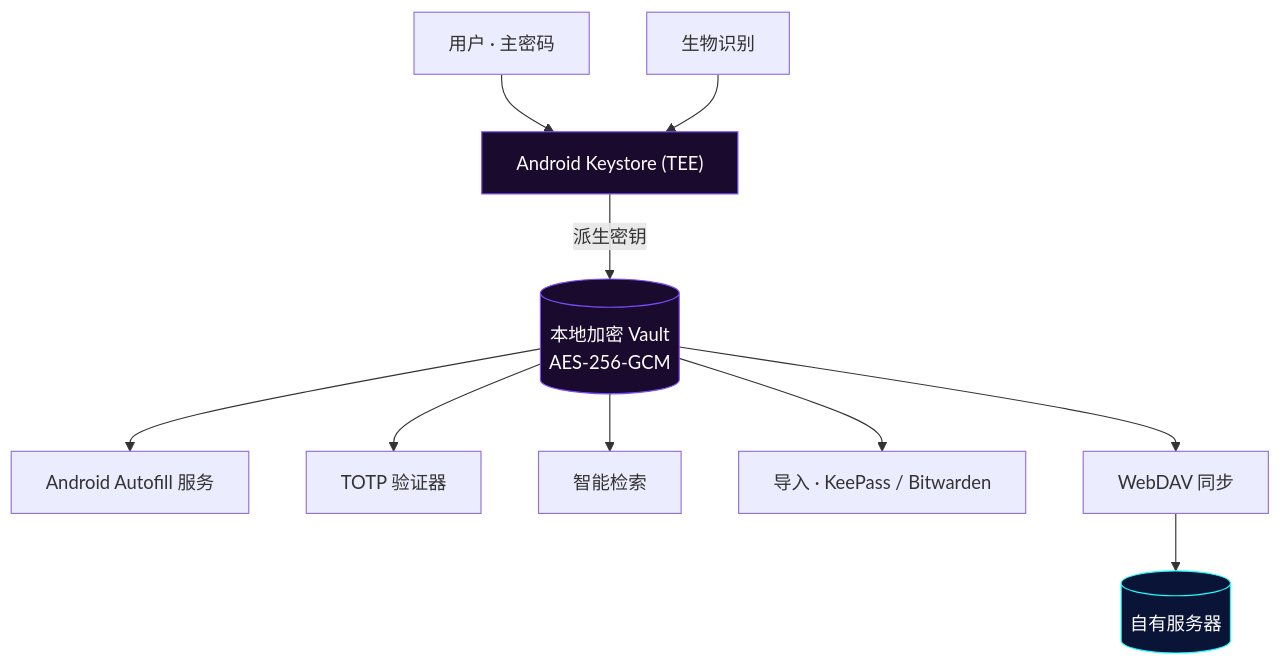
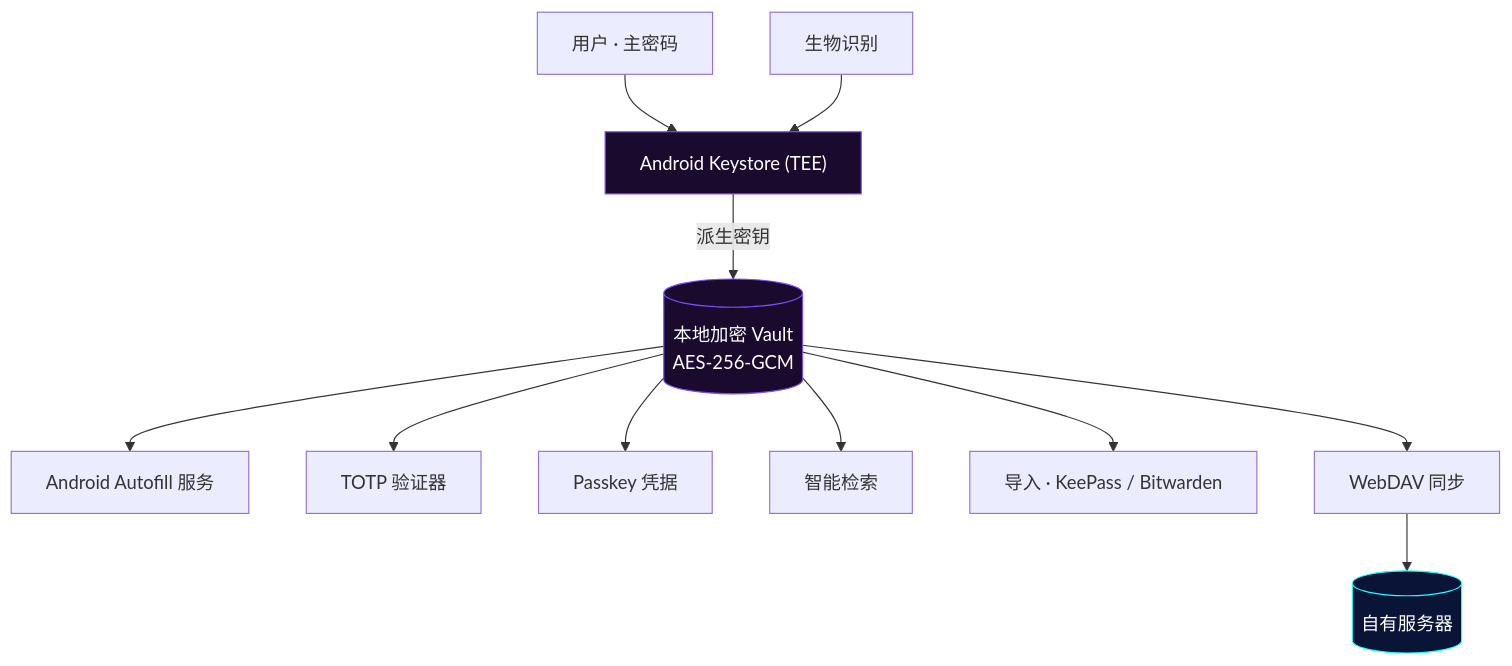
Before and after one commit to Chaniug/bastion: the first of 2 diagrams in README.md, drawn with Mermaid. The commit also changed other lines of this file and 5 other files, not shown here.

````diff
--- a/README.md
+++ b/README.md
@@ -123,17 +136,18 @@
 ```mermaid
 flowchart TB
     U["用户 · 主密码"] --> K["Android Keystore (TEE)"]
     Bio["生物识别"] --> K
     K -->|派生密钥| DB[("本地加密 Vault\nAES-256-GCM")]
     DB --> AF["Android Autofill 服务"]
     DB --> TOTP["TOTP 验证器"]
+    DB --> Passkey["Passkey 凭据"]
     DB --> Search["智能检索"]
     DB --> Import["导入 · KeePass / Bitwarden"]
     DB --> Sync["WebDAV 同步"]
     Sync --> Cloud[("自有服务器")]
 
     classDef secure fill:#1a0b2e,stroke:#7C4DFF,color:#fff;
     classDef store fill:#0A1437,stroke:#18FFFF,color:#fff;
     class K,DB secure;
     class Cloud store;
 ```
````
